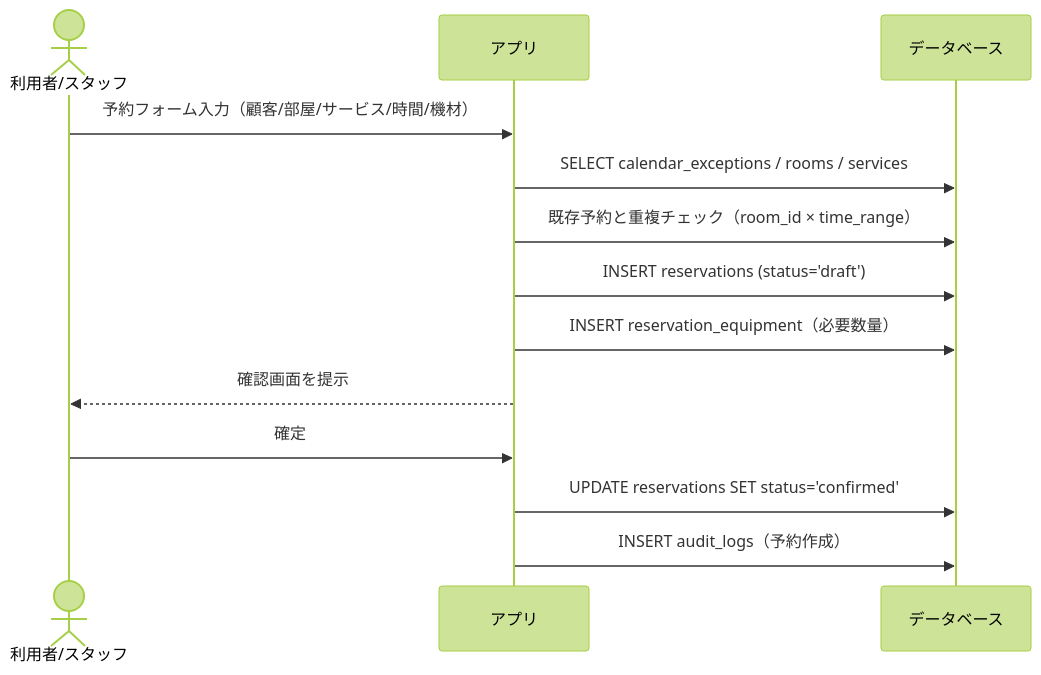
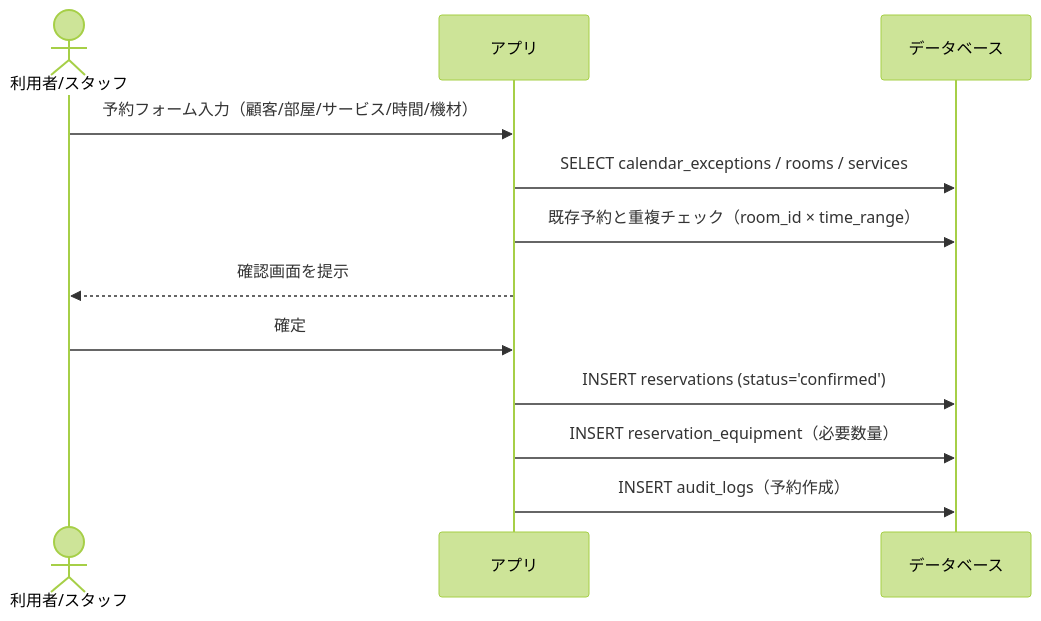
The second of 2 diagrams in docs/db/schema.md (hira777/pulseboard), drawn with Mermaid (forest theme) before and after one commit. The commit also changed 6 other files, not shown here.

````diff
--- a/docs/db/schema.md
+++ b/docs/db/schema.md
@@ -111,15 +111,14 @@
 ```mermaid
 sequenceDiagram
   actor User as 利用者/スタッフ
   participant App as アプリ
   participant DB as データベース
   User->>App: 予約フォーム入力（顧客/部屋/サービス/時間/機材）
   App->>DB: SELECT calendar_exceptions / rooms / services
   App->>DB: 既存予約と重複チェック（room_id × time_range）
-  App->>DB: INSERT reservations (status='draft')
-  App->>DB: INSERT reservation_equipment（必要数量）
   App-->>User: 確認画面を提示
   User->>App: 確定
-  App->>DB: UPDATE reservations SET status='confirmed'
+  App->>DB: INSERT reservations (status='confirmed')
+  App->>DB: INSERT reservation_equipment（必要数量）
   App->>DB: INSERT audit_logs（予約作成）
 ```
````
